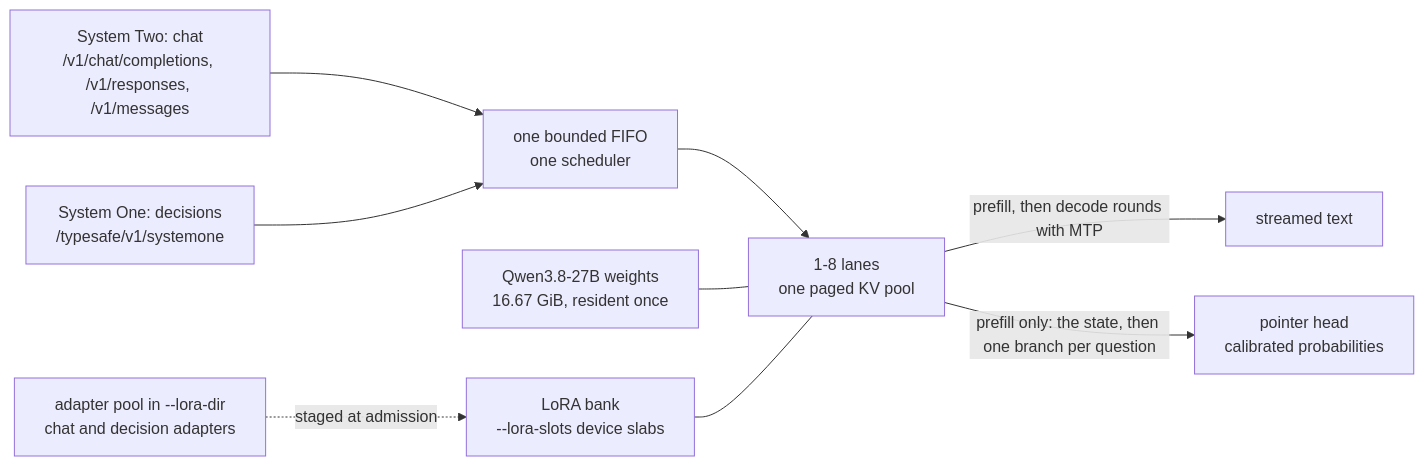
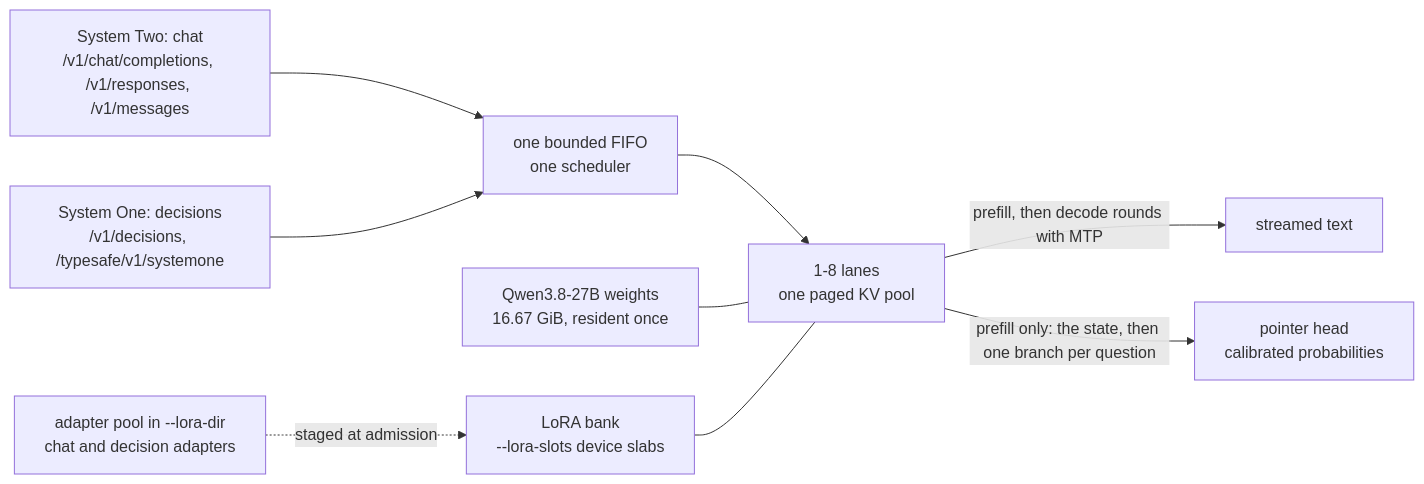
Before and after one commit to tensorninja/ninfer-4090: the diagram in README.md, drawn with Mermaid. The commit also changed other lines of this file and 67 other files, not shown here.

````diff
--- a/README.md
+++ b/README.md
@@ -33,11 +33,11 @@
 ```mermaid
 flowchart LR
     chat["System Two: chat<br/>/v1/chat/completions, /v1/responses, /v1/messages"] --> fifo
-    decide["System One: decisions<br/>/typesafe/v1/systemone"] --> fifo
+    decide["System One: decisions<br/>/v1/decisions, /typesafe/v1/systemone"] --> fifo
     fifo["one bounded FIFO<br/>one scheduler"] --> lanes["1-8 lanes<br/>one paged KV pool"]
     weights["Qwen3.8-27B weights<br/>16.67 GiB, resident once"] --- lanes
     bank["LoRA bank<br/>--lora-slots device slabs"] --- lanes
     pool["adapter pool in --lora-dir<br/>chat and decision adapters"] -.->|"staged at admission"| bank
     lanes -->|"prefill, then decode rounds with MTP"| text["streamed text"]
     lanes -->|"prefill only: the state, then one branch per question"| head["pointer head<br/>calibrated probabilities"]
 ```
````
